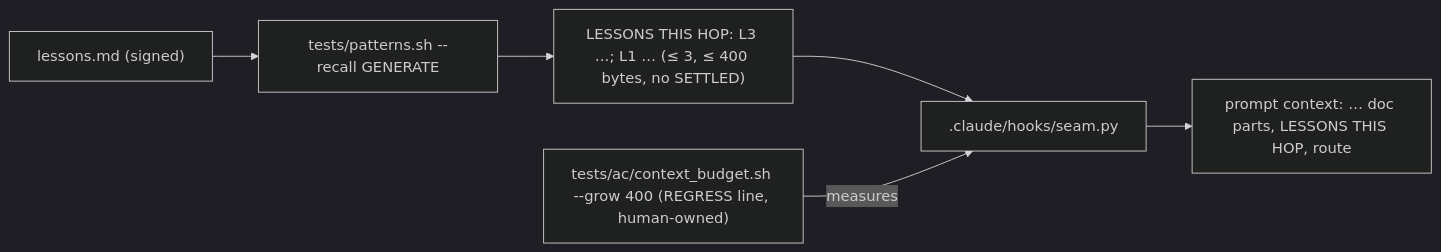
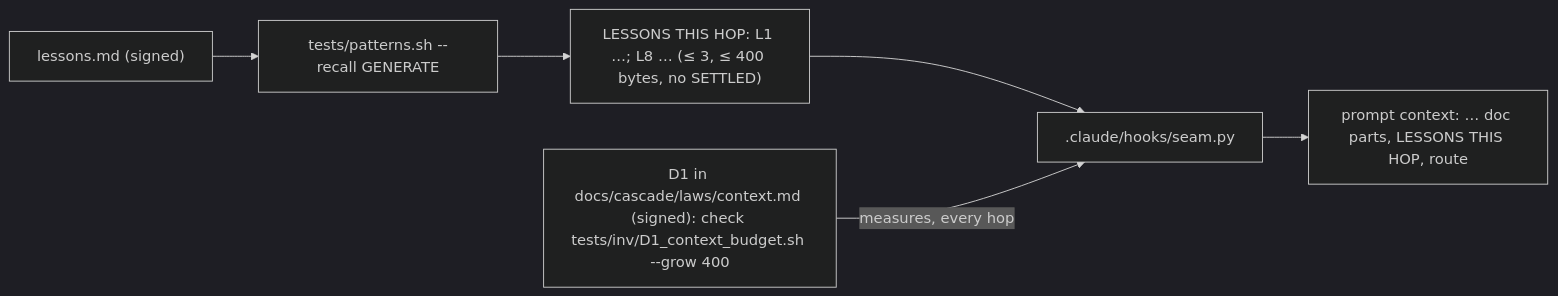
One commit to kadaluarsa/barbaric-driven-development changed the second of 2 diagrams in docs/cascade/05b-t107-lesson-recall.md. Above: the diagram before and after it, drawn with Mermaid (dark theme). The commit also changed other lines of this file and 5 other files, not shown here.

Commit message:
t107: answer the spec critique (9 fixed, 1 rejected); budget is law D1 in a pack-only shard (human decision), active-now ranking, 4 prompts per class, wrapper twin, nightly full history, install strips unshipped shard rows; decisions recorded with the brief; oracle re-pinned

````diff
--- a/docs/cascade/05b-t107-lesson-recall.md
+++ b/docs/cascade/05b-t107-lesson-recall.md
@@ -50,8 +52,8 @@
 ```mermaid
 flowchart LR
   L["lessons.md (signed)"] --> P["tests/patterns.sh --recall GENERATE"]
-  P --> Q["LESSONS THIS HOP: L3 …; L1 … (≤ 3, ≤ 400 bytes, no SETTLED)"]
-  S[".claude/hooks/seam.py"] --> C["prompt context: … doc parts, LESSONS THIS HOP, route"]
-  Q --> S
-  B["tests/ac/context_budget.sh --grow 400 (REGRESS line, human-owned)"] -->|measures| S
+  P --> Q["LESSONS THIS HOP: L1 …; L8 … (≤ 3, ≤ 400 bytes, no SETTLED)"]
+  Q --> S[".claude/hooks/seam.py"]
+  S --> C["prompt context: … doc parts, LESSONS THIS HOP, route"]
+  D["D1 in docs/cascade/laws/context.md (signed): check tests/inv/D1_context_budget.sh --grow 400"] -->|measures, every hop| S
 ```
````
